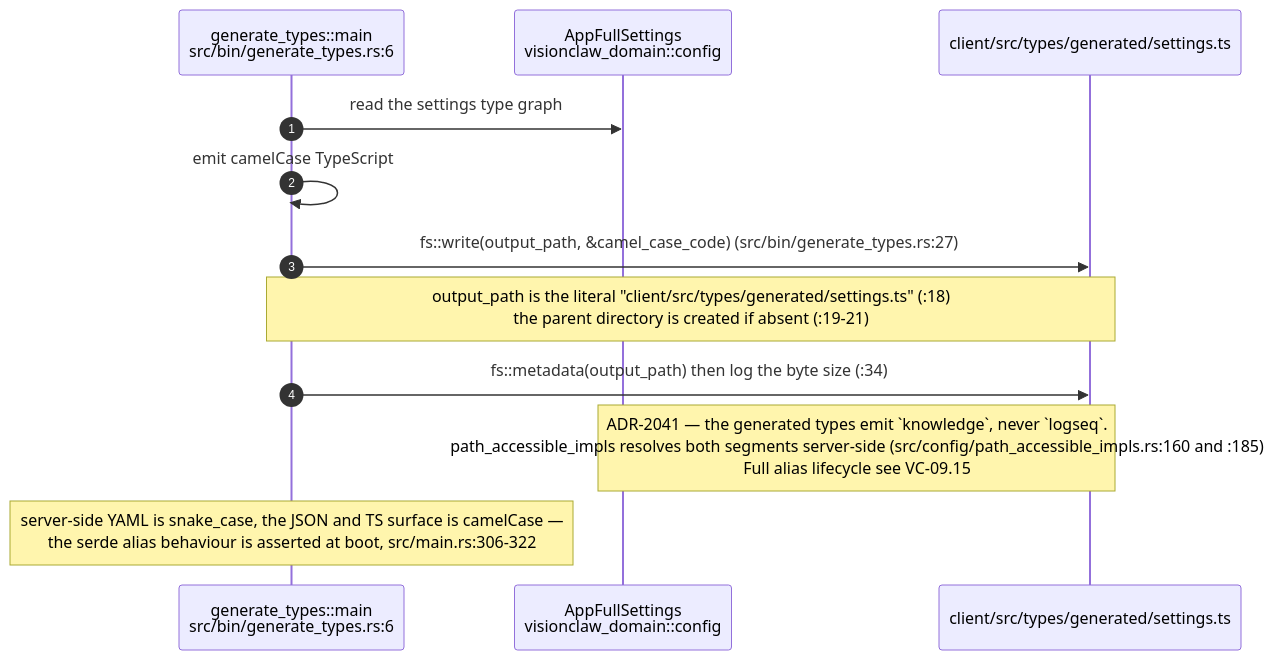
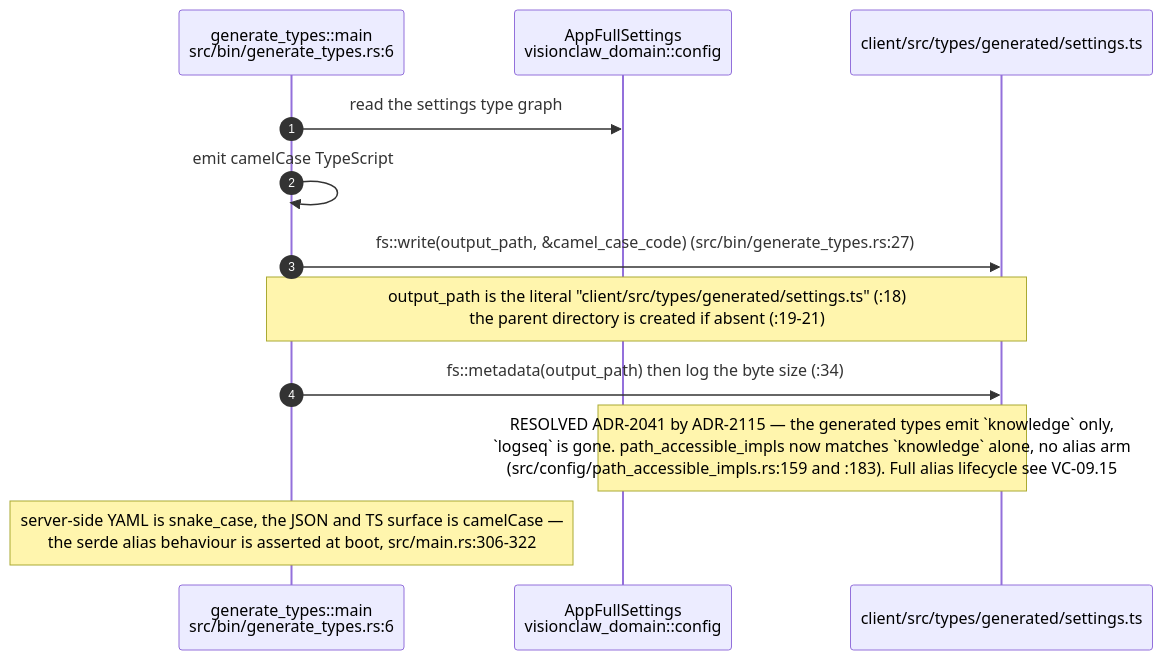
One commit to DreamLab-AI/VisionFlow changed the eighth of 8 diagrams in docs/diagrams/visionclaw/06-settings-round-trip.md. Above: the diagram before and after it, drawn with Mermaid. The commit also changed other lines of this file and 136 other files, not shown here.

First line of the commit message:
docs(diagrams): refresh the whole corpus to code HEAD and prune low-value diagrams

````diff
--- a/docs/diagrams/visionclaw/06-settings-round-trip.md
+++ b/docs/diagrams/visionclaw/06-settings-round-trip.md
@@ -316,15 +262,15 @@
 ```mermaid
 sequenceDiagram
     autonumber
     participant B as generate_types::main<br/>src/bin/generate_types.rs:6
     participant D as AppFullSettings<br/>visionclaw_domain::config
     participant F as client/src/types/generated/settings.ts
 
     B->>D: read the settings type graph
     B->>B: emit camelCase TypeScript
     B->>F: fs::write(output_path, &camel_case_code) (src/bin/generate_types.rs:27)
     Note over B,F: output_path is the literal "client/src/types/generated/settings.ts" (:18)<br/>the parent directory is created if absent (:19-21)
     B->>F: fs::metadata(output_path) then log the byte size (:34)
-    Note over D,F: ADR-2041 — the generated types emit `knowledge`, never `logseq`.<br/>path_accessible_impls resolves both segments server-side (src/config/path_accessible_impls.rs:160 and :185)<br/>Full alias lifecycle see VC-09.15
+    Note over D,F: RESOLVED ADR-2041 by ADR-2115 — the generated types emit `knowledge` only,<br/>`logseq` is gone. path_accessible_impls now matches `knowledge` alone, no alias arm<br/>(src/config/path_accessible_impls.rs:159 and :183). Full alias lifecycle see VC-09.15
     Note over B: server-side YAML is snake_case, the JSON and TS surface is camelCase —<br/>the serde alias behaviour is asserted at boot, src/main.rs:306-322
 ```
````
